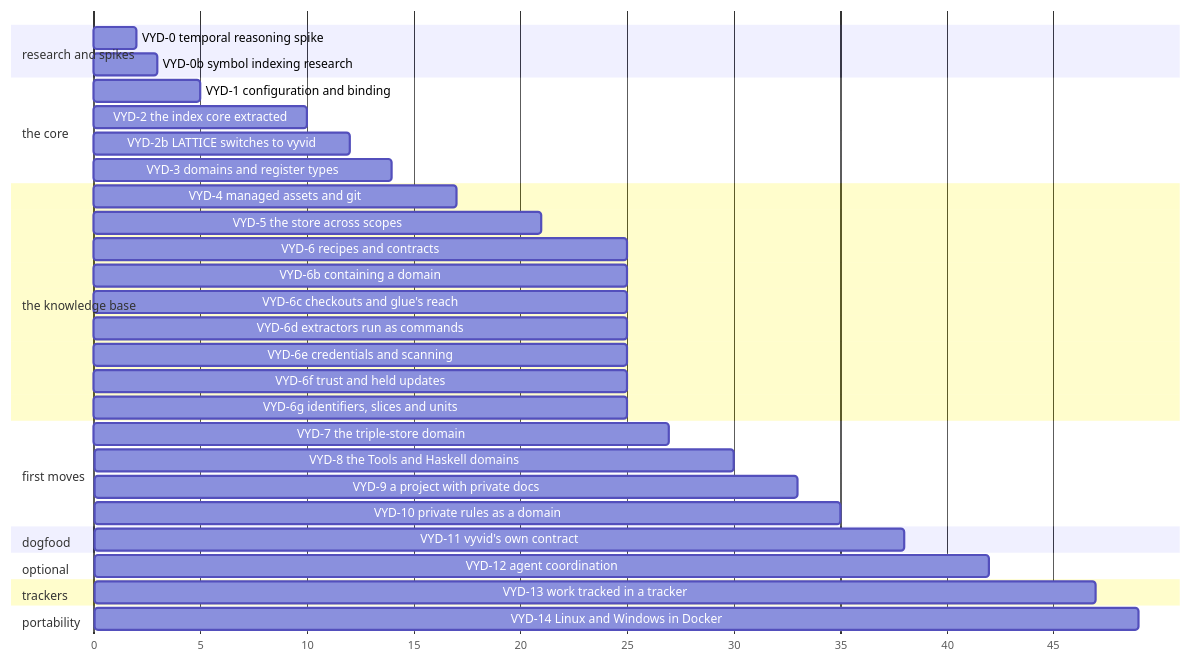
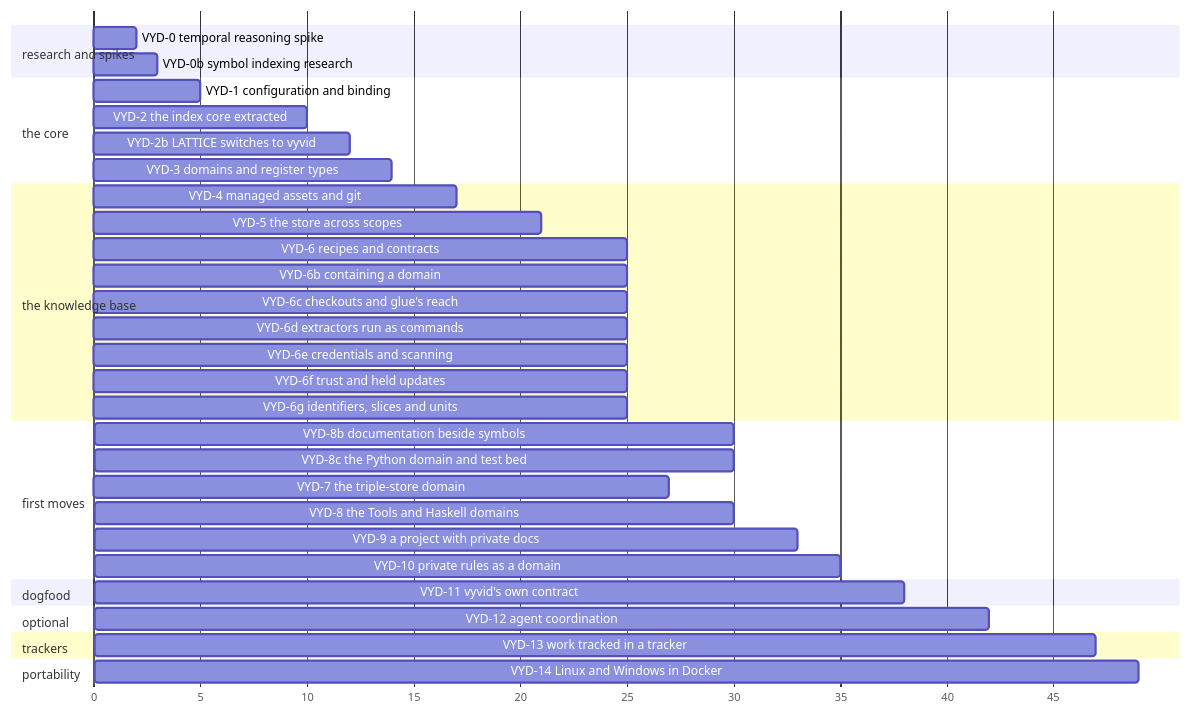
The diagram in docs/developer/plans/vyvid-framework.md (nebularis/vyvid), drawn with Mermaid before and after one commit. The commit also changed other lines of this file and 2 other files, not shown here.

Commit message:
Plan VYD-8b and VYD-8c, and mark VYD-8b building

````diff
--- a/docs/developer/plans/vyvid-framework.md
+++ b/docs/developer/plans/vyvid-framework.md
@@ -17,36 +17,38 @@
 ```mermaid
 gantt
   dateFormat X
   axisFormat %s
   section research and spikes
   VYD-0 temporal reasoning spike      :s0, 0, 2
   VYD-0b symbol indexing research     :s0b, 0, 3
   section the core
   VYD-1 configuration and binding     :s1, 2, 5
   VYD-2 the index core extracted      :s2, 5, 10
   VYD-2b LATTICE switches to vyvid    :s2b, 10, 12
   VYD-3 domains and register types    :s3, 10, 14
   section the knowledge base
   VYD-4 managed assets and git        :s4, 14, 17
   VYD-5 the store across scopes       :s5, 17, 21
   VYD-6 recipes and contracts         :s6, 21, 25
   VYD-6b containing a domain          :s6b, 25, 25
   VYD-6c checkouts and glue's reach   :s6c, 25, 25
   VYD-6d extractors run as commands   :s6d, 25, 25
   VYD-6e credentials and scanning     :s6e, 25, 25
   VYD-6f trust and held updates       :s6f, 25, 25
   VYD-6g identifiers, slices and units :s6g, 25, 25
   section first moves
+  VYD-8b documentation beside symbols :s8b, 30, 30
+  VYD-8c the Python domain and test bed :s8c, 30, 30
   VYD-7 the triple-store domain       :s7, 25, 27
   VYD-8 the Tools and Haskell domains :s8, 27, 30
   VYD-9 a project with private docs   :s9, 30, 33
   VYD-10 private rules as a domain   :s10, 33, 35
   section dogfood
   VYD-11 vyvid's own contract         :s11, 35, 38
   section optional
   VYD-12 agent coordination           :s12, 38, 42
   section trackers
   VYD-13 work tracked in a tracker    :s13, 42, 47
   section portability
   VYD-14 Linux and Windows in Docker  :s14, 47, 49
 ```
````
